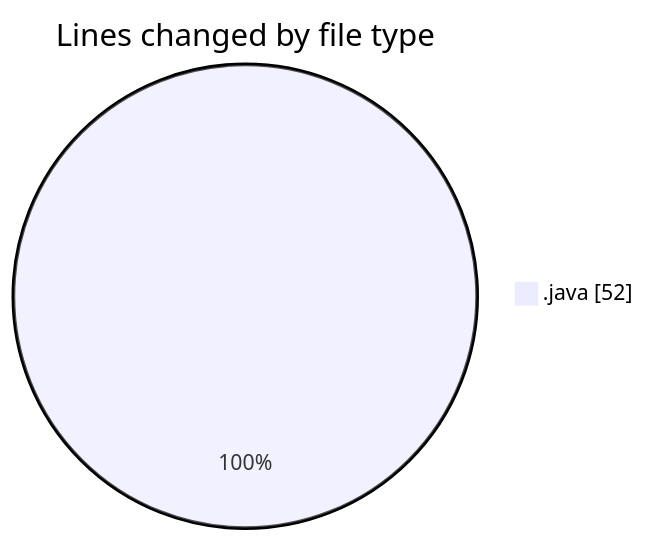
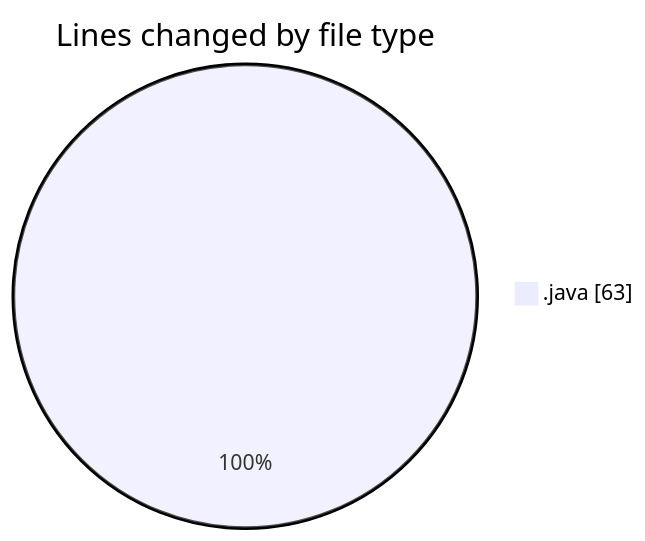
The first of 2 diagrams in 2026-10-06/taskforge/README.md (hasnaa123/code-tracking), drawn with Mermaid before and after one commit. The commit also changed other lines of this file and 1 other file, not shown here.

````diff
--- a/2026-10-06/taskforge/README.md
+++ b/2026-10-06/taskforge/README.md
@@ -21,5 +21,5 @@
 ```mermaid
 pie showData
 title Lines changed by file type
-".java" : 52
+".java" : 63
 ```
````
